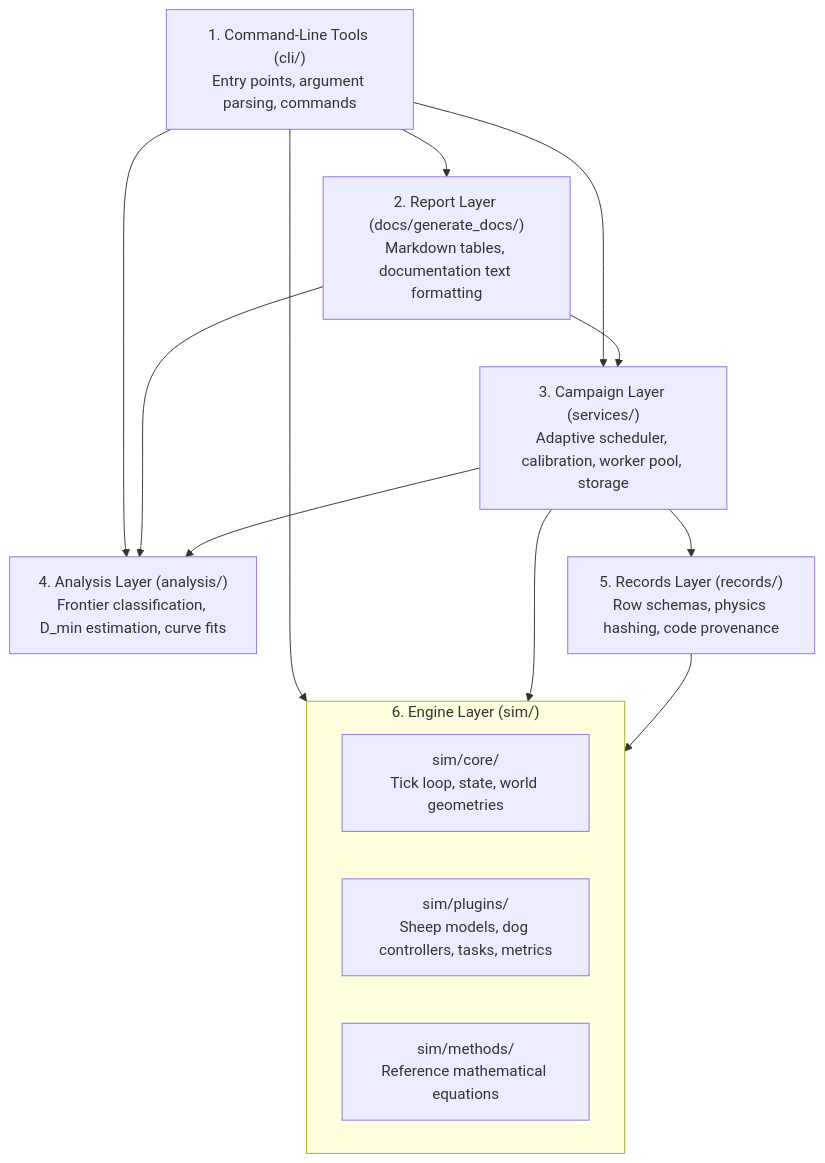
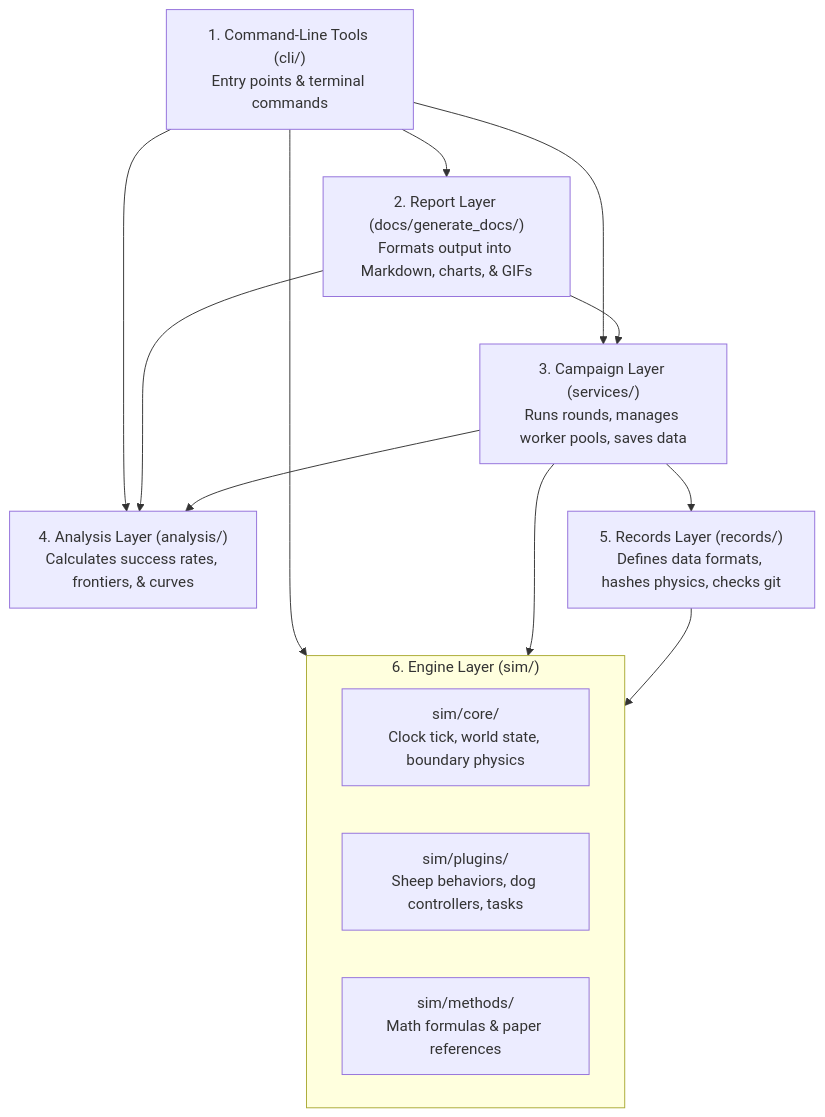
Before and after one commit to lykimq/HerdSim: the second of 3 diagrams in docs/codes/architecture.md, drawn with Mermaid. The commit also changed other lines of this file and 14 other files, not shown here.

````diff
--- a/docs/codes/architecture.md
+++ b/docs/codes/architecture.md
@@ -65,24 +71,24 @@
 ```mermaid
 flowchart TB
-    tools["1. Command-Line Tools (cli/)<br/>Entry points, argument parsing, commands"]
-    report["2. Report Layer (docs/generate_docs/)<br/>Markdown tables, documentation text formatting"]
-    campaign["3. Campaign Layer (services/)<br/>Adaptive scheduler, calibration, worker pool, storage"]
-    analysis["4. Analysis Layer (analysis/)<br/>Frontier classification, D_min estimation, curve fits"]
-    records["5. Records Layer (records/)<br/>Row schemas, physics hashing, code provenance"]
+    tools["1. Command-Line Tools (cli/)<br/>Entry points & terminal commands"]
+    report["2. Report Layer (docs/generate_docs/)<br/>Formats output into Markdown, charts, & GIFs"]
+    campaign["3. Campaign Layer (services/)<br/>Runs rounds, manages worker pools, saves data"]
+    analysis["4. Analysis Layer (analysis/)<br/>Calculates success rates, frontiers, & curves"]
+    records["5. Records Layer (records/)<br/>Defines data formats, hashes physics, checks git"]
     subgraph engine ["6. Engine Layer (sim/)"]
-        core["sim/core/<br/>Tick loop, state, world geometries"]
-        plugins["sim/plugins/<br/>Sheep models, dog controllers, tasks, metrics"]
-        formulas["sim/methods/<br/>Reference mathematical equations"]
+        core["sim/core/<br/>Clock tick, world state, boundary physics"]
+        plugins["sim/plugins/<br/>Sheep behaviors, dog controllers, tasks"]
+        formulas["sim/methods/<br/>Math formulas & paper references"]
     end
 
     tools --> report
     tools --> campaign
     tools --> analysis
     tools --> engine
     report --> campaign
     report --> analysis
     campaign --> analysis
     campaign --> records
     campaign --> engine
     records --> engine
 ```
````
